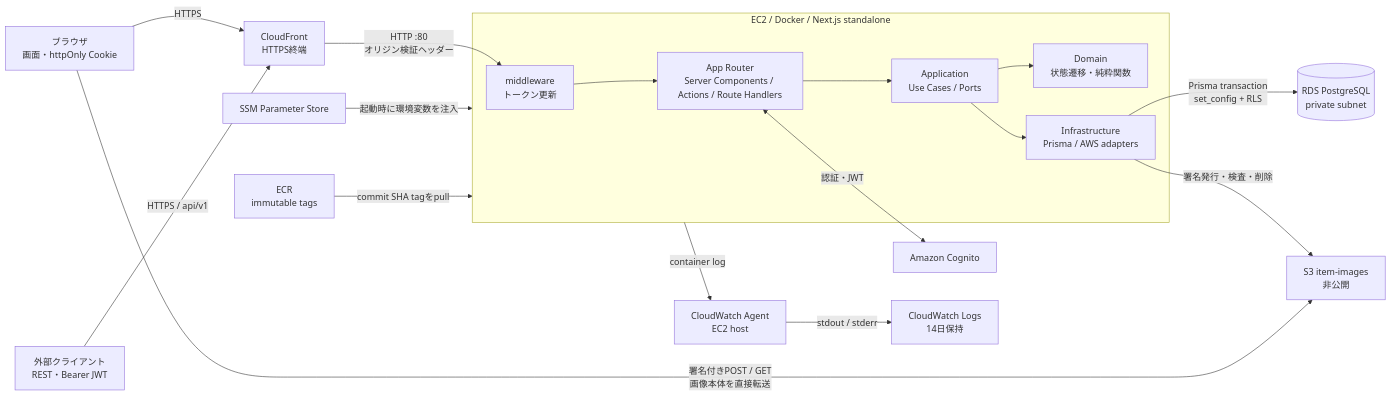
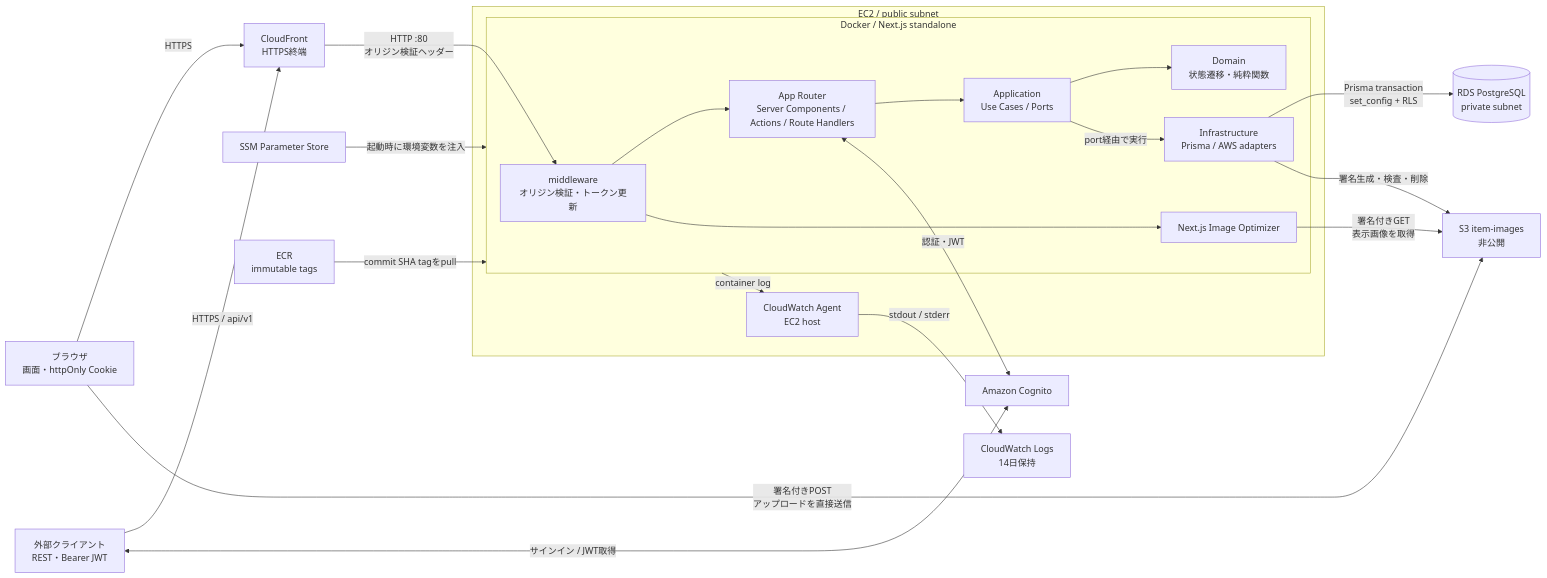
The first of 3 diagrams in README.md (nanashi7c/mono-log_v0), drawn with Mermaid before and after one commit. The commit also changed other lines of this file, not shown here.

````diff
--- a/README.md
+++ b/README.md
@@ -40,29 +46,38 @@
 ```mermaid
 flowchart LR
     Browser["ブラウザ<br/>画面・httpOnly Cookie"]
     ApiClient["外部クライアント<br/>REST・Bearer JWT"]
     CF["CloudFront<br/>HTTPS終端"]
+    Cognito["Amazon Cognito"]
 
-    subgraph Runtime["EC2 / Docker / Next.js standalone"]
-        MW["middleware<br/>トークン更新"]
-        Delivery["App Router<br/>Server Components / Actions / Route Handlers"]
-        UseCase["Application<br/>Use Cases / Ports"]
-        Domain["Domain<br/>状態遷移・純粋関数"]
-        Infra["Infrastructure<br/>Prisma / AWS adapters"]
-        MW --> Delivery --> UseCase
-        UseCase --> Domain
-        UseCase --> Infra
+    subgraph EC2["EC2 / public subnet"]
+        subgraph Runtime["Docker / Next.js standalone"]
+            MW["middleware<br/>オリジン検証・トークン更新"]
+            Delivery["App Router<br/>Server Components / Actions / Route Handlers"]
+            ImageOptimizer["Next.js Image Optimizer"]
+            UseCase["Application<br/>Use Cases / Ports"]
+            Domain["Domain<br/>状態遷移・純粋関数"]
+            Infra["Infrastructure<br/>Prisma / AWS adapters"]
+            MW --> Delivery
+            MW --> ImageOptimizer
+            Delivery --> UseCase
+            UseCase --> Domain
+            UseCase -->|"port経由で実行"| Infra
+        end
+        CWAgent["CloudWatch Agent<br/>EC2 host"]
+        Runtime -->|"container log"| CWAgent
     end
 
     Browser -->|"HTTPS"| CF
     ApiClient -->|"HTTPS / api/v1"| CF
+    ApiClient <-->|"サインイン / JWT取得"| Cognito
     CF -->|"HTTP :80<br/>オリジン検証ヘッダー"| MW
-    Delivery <-->|"認証・JWT"| Cognito["Amazon Cognito"]
+    Delivery <-->|"認証・JWT"| Cognito
     Infra -->|"Prisma transaction<br/>set_config + RLS"| RDS[("RDS PostgreSQL<br/>private subnet")]
-    Infra -->|"署名発行・検査・削除"| S3["S3 item-images<br/>非公開"]
-    Browser -->|"署名付きPOST / GET<br/>画像本体を直接転送"| S3
+    Infra -->|"署名生成・検査・削除"| S3["S3 item-images<br/>非公開"]
+    Browser -->|"署名付きPOST<br/>アップロードを直接送信"| S3
+    ImageOptimizer -->|"署名付きGET<br/>表示画像を取得"| S3
     SSM["SSM Parameter Store"] -->|"起動時に環境変数を注入"| Runtime
     ECR["ECR<br/>immutable tags"] -->|"commit SHA tagをpull"| Runtime
-    Runtime -->|"container log"| CWAgent["CloudWatch Agent<br/>EC2 host"]
     CWAgent -->|"stdout / stderr"| CWL["CloudWatch Logs<br/>14日保持"]
 ```
````
